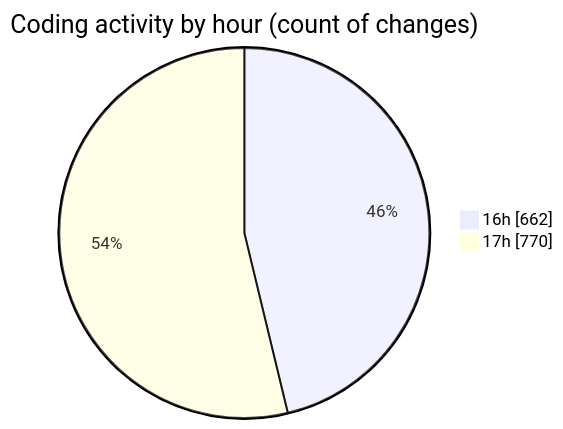
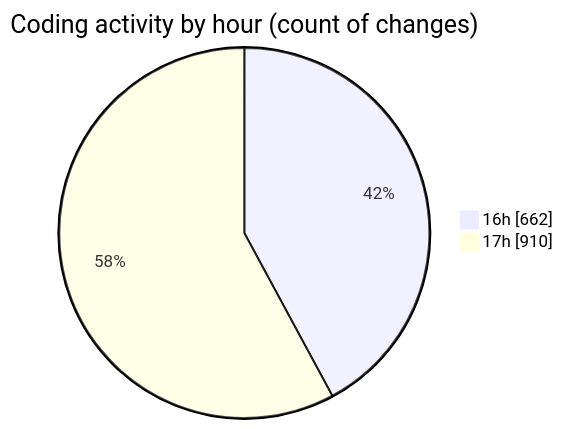
Before and after one commit to nxtqubesakshisongat/code-tracking: the second of 2 diagrams in 2025-04-11/nxtqube_webapp/README.md, drawn with Mermaid. The commit also changed other lines of this file and 1 other file, not shown here.

````diff
--- a/2025-04-11/nxtqube_webapp/README.md
+++ b/2025-04-11/nxtqube_webapp/README.md
@@ -33,6 +33,6 @@
 ```mermaid
 pie showData
 title Coding activity by hour (count of changes)
 "16h" : 662
-"17h" : 770
+"17h" : 910
 ```
````
